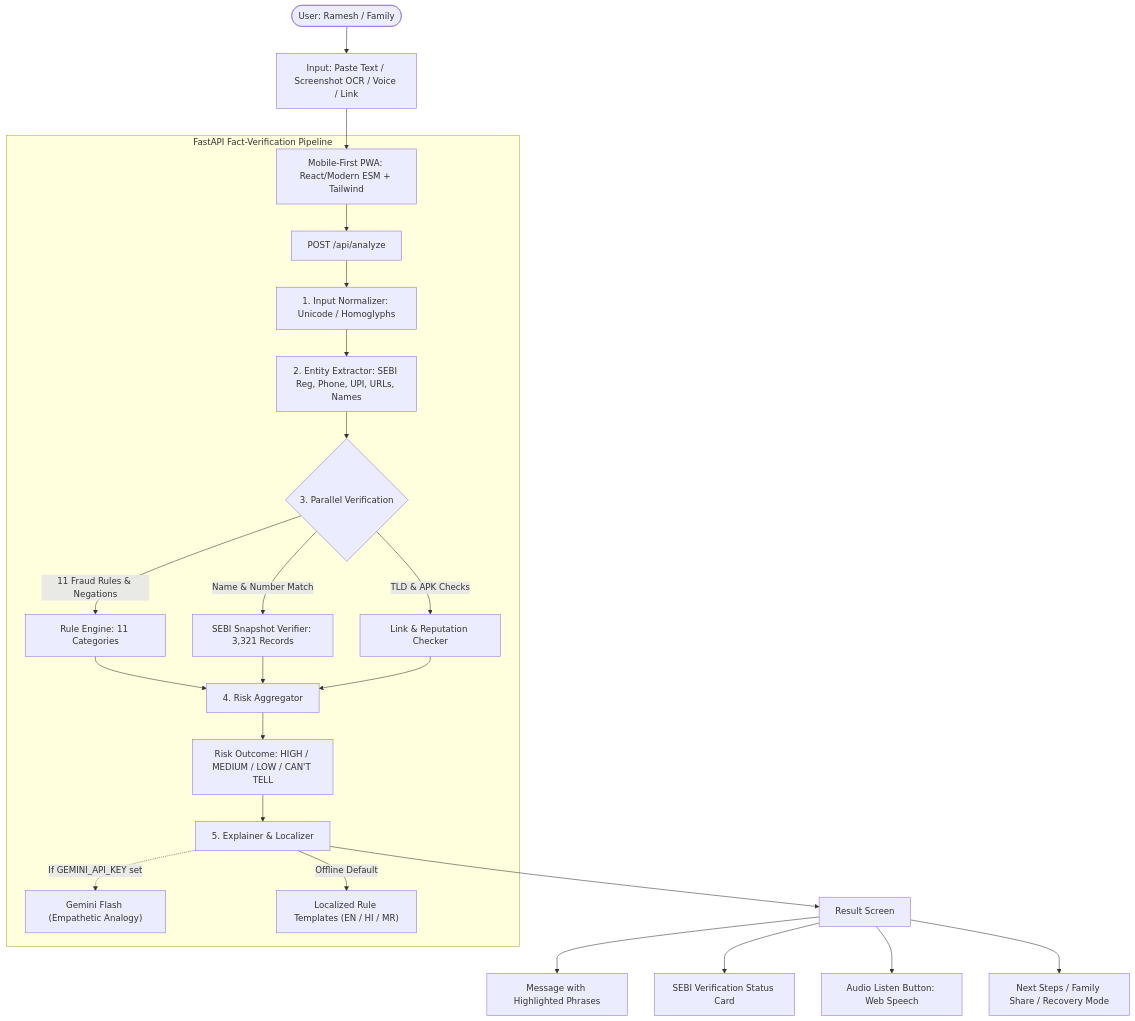
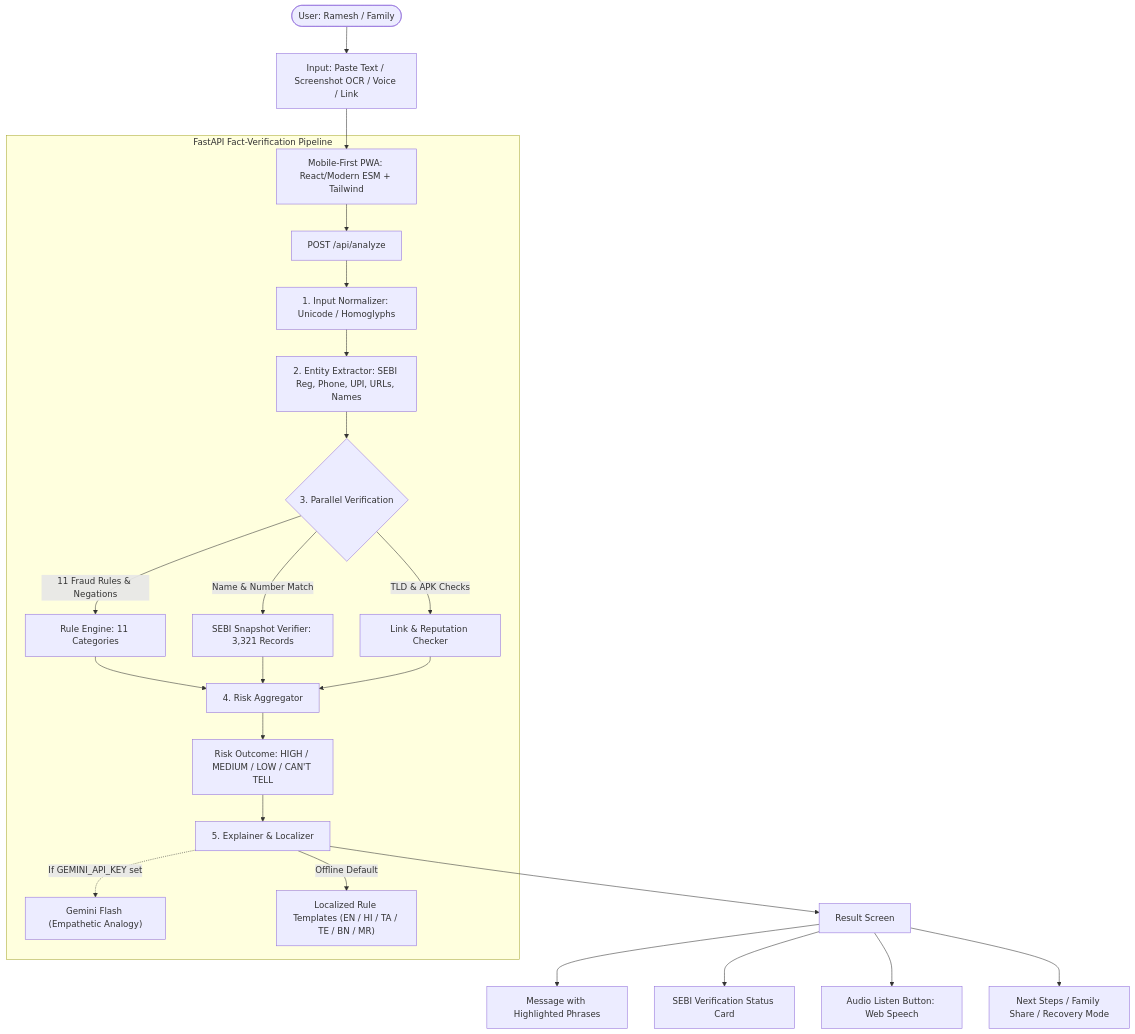
One commit to soul2985/trace-investor-protection changed the diagram in README.md. Above: the diagram before and after it, drawn with Mermaid. The commit also changed other lines of this file and 23 other files, not shown here.

````diff
--- a/README.md
+++ b/README.md
@@ -59,32 +59,32 @@
 ```mermaid
 flowchart TD
     User([User: Ramesh / Family]) --> Input[Input: Paste Text / Screenshot OCR / Voice / Link]
     Input --> Frontend[Mobile-First PWA: React/Modern ESM + Tailwind]
     
     subgraph Backend_Pipeline ["FastAPI Fact-Verification Pipeline"]
         Frontend --> API["POST /api/analyze"]
         API --> Norm[1. Input Normalizer: Unicode / Homoglyphs]
         Norm --> Extractor[2. Entity Extractor: SEBI Reg, Phone, UPI, URLs, Names]
         
         Extractor --> ParallelChecks{"3. Parallel Verification"}
         ParallelChecks -->|11 Fraud Rules & Negations| Rules[Rule Engine: 11 Categories]
         ParallelChecks -->|Name & Number Match| SEBI[SEBI Snapshot Verifier: 3,321 Records]
         ParallelChecks -->|TLD & APK Checks| Link[Link & Reputation Checker]
         
         Rules --> Aggregator[4. Risk Aggregator]
         SEBI --> Aggregator
         Link --> Aggregator
         
         Aggregator --> Bands["Risk Outcome: HIGH / MEDIUM / LOW / CAN'T TELL"]
         
         Bands --> Explainer["5. Explainer & Localizer"]
         Explainer -.->|If GEMINI_API_KEY set| Gemini["Gemini Flash (Empathetic Analogy)"]
-        Explainer -->|Offline Default| Templates["Localized Rule Templates (EN / HI / MR)"]
+        Explainer -->|Offline Default| Templates["Localized Rule Templates (EN / HI / TA / TE / BN / MR)"]
     end
     
     Explainer --> ResultScreen[Result Screen]
     ResultScreen --> Highlights[Message with Highlighted Phrases]
     ResultScreen --> SEBICard[SEBI Verification Status Card]
     ResultScreen --> AudioTTS[Audio Listen Button: Web Speech]
     ResultScreen --> Actions[Next Steps / Family Share / Recovery Mode]
 ```
````
